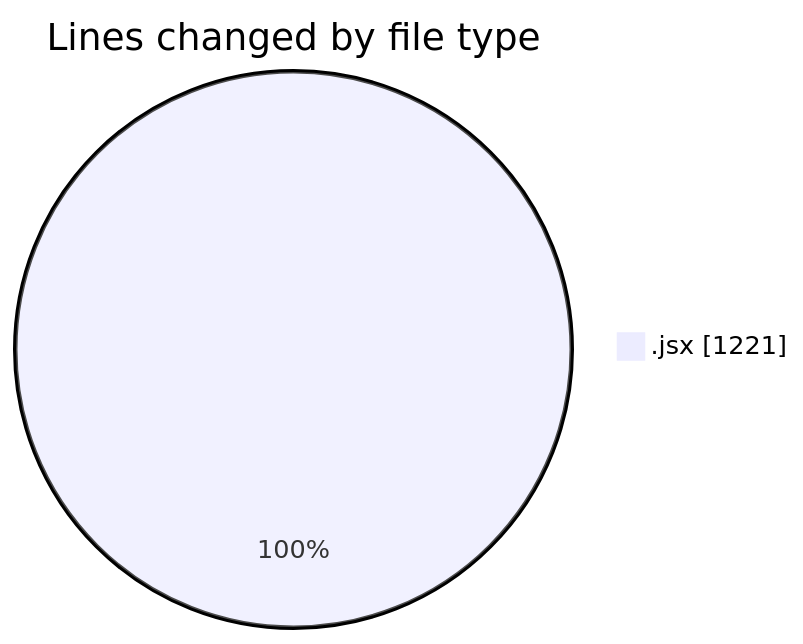
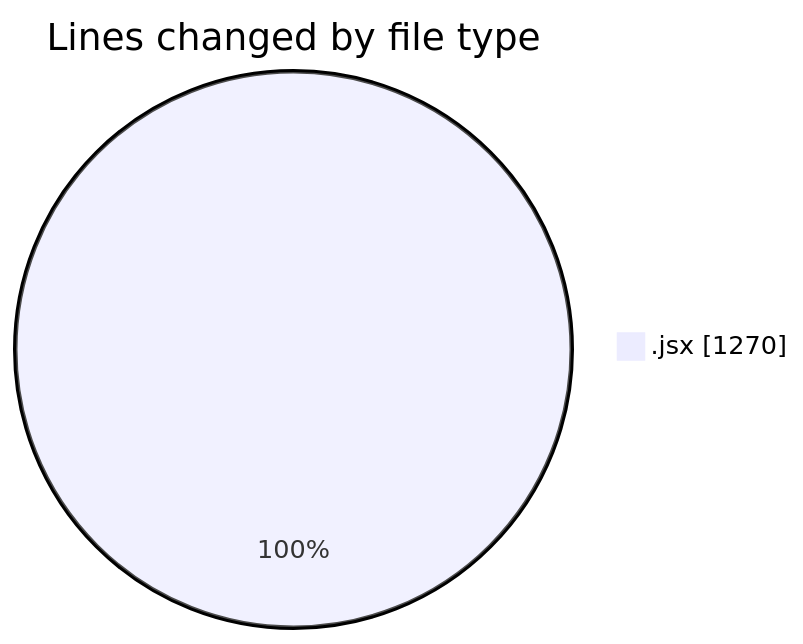
The first of 2 diagrams in 2025-11-19/nxtqube_webapp/README.md (nxtqubesakshisongat/code-tracking), drawn with Mermaid before and after one commit. The commit also changed other lines of this file and 1 other file, not shown here.

````diff
--- a/2025-11-19/nxtqube_webapp/README.md
+++ b/2025-11-19/nxtqube_webapp/README.md
@@ -20,5 +20,5 @@
 ```mermaid
 pie showData
 title Lines changed by file type
-".jsx" : 1221
+".jsx" : 1270
 ```
````
